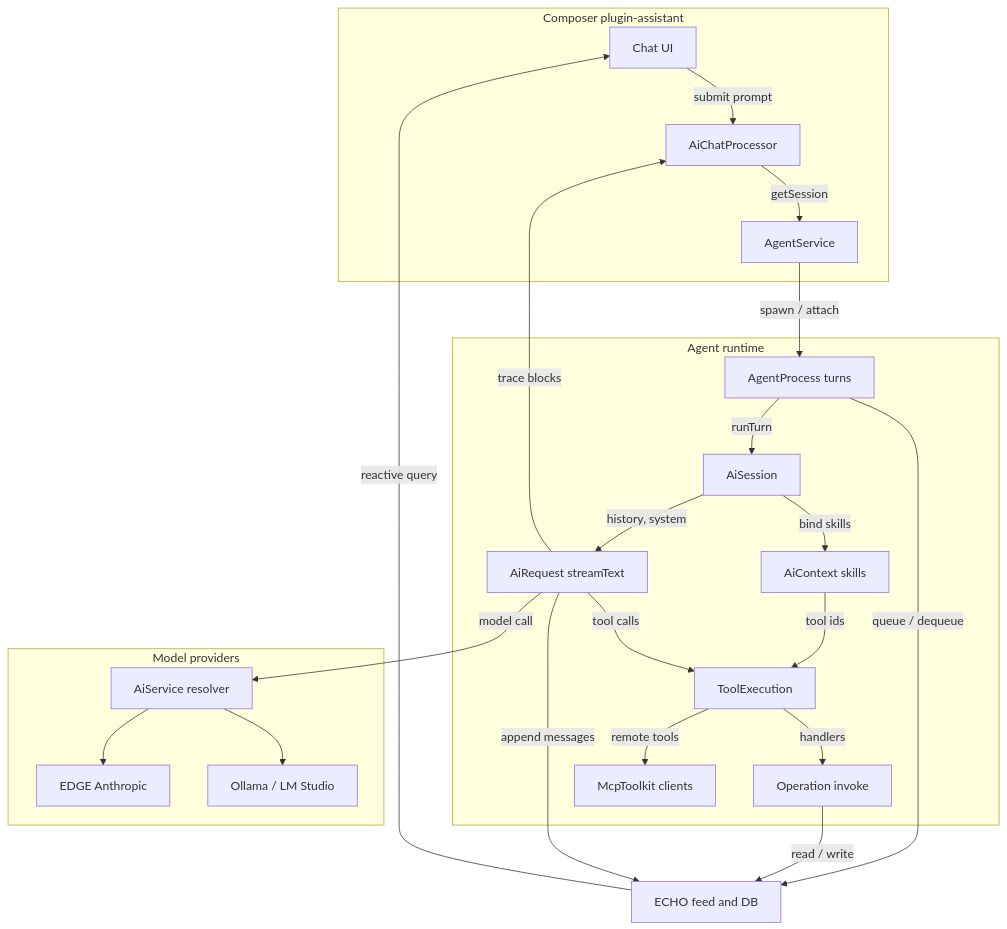
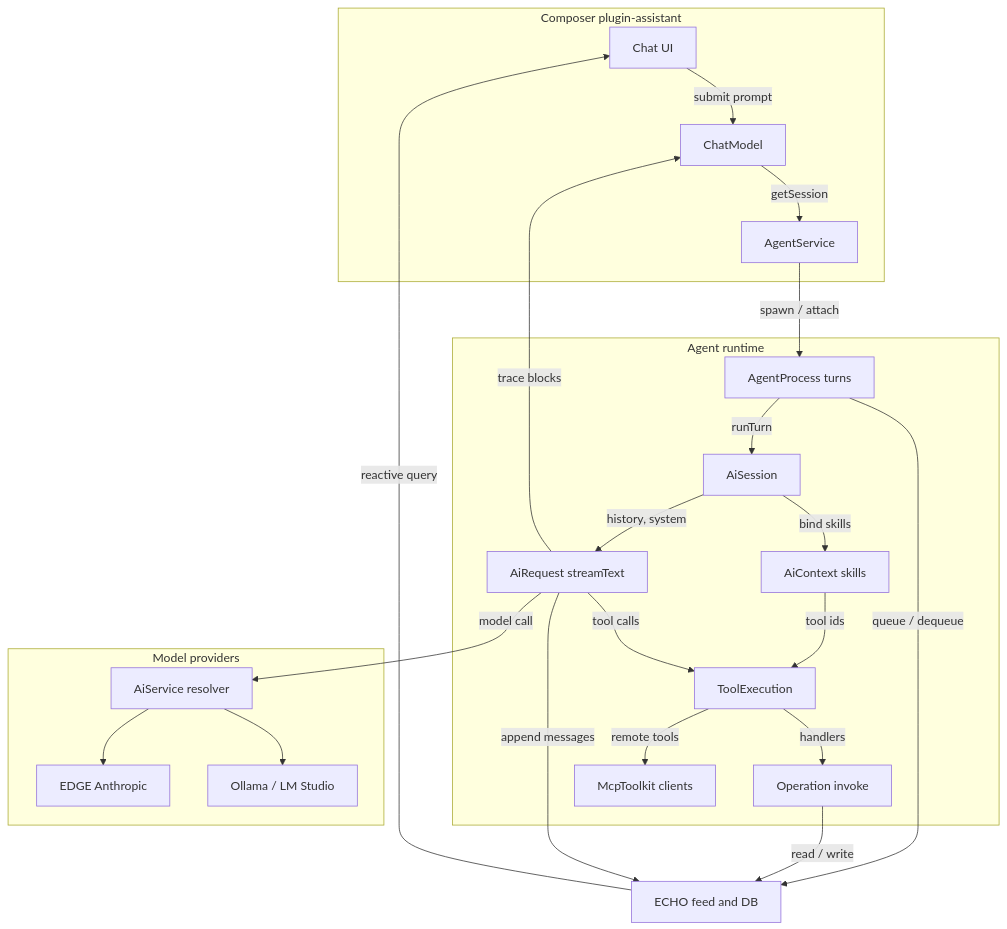
One commit to dxos/dxos changed the diagram in packages/plugins/plugin-illustrator/docs/diagrams/assistant.mmd. Above: the diagram before and after it, drawn with Mermaid. The commit also changed 4 other files, not shown here.

```diff
--- a/packages/plugins/plugin-illustrator/docs/diagrams/assistant.mmd
+++ b/packages/plugins/plugin-illustrator/docs/diagrams/assistant.mmd
@@ -1,54 +1,54 @@
 %% Assistant data flow — a prompt becomes queued feed messages, agent turns, model calls, tool calls, and ECHO writes.
 flowchart TB
   subgraph UI [Composer plugin-assistant]
     ChatUi[Chat UI]
-    Processor[AiChatProcessor]
+    Processor[ChatModel]
     AgentSvc[AgentService]
   end
   subgraph Runtime [Agent runtime]
     AgentProc[AgentProcess turns]
     Session[AiSession]
     Binder[AiContext skills]
     Request[AiRequest streamText]
     ToolExec[ToolExecution]
     Ops[Operation invoke]
     Mcp[McpToolkit clients]
   end
   subgraph Models [Model providers]
     AiSvc[AiService resolver]
     Edge[EDGE Anthropic]
     Local[Ollama / LM Studio]
   end
   Feed[ECHO feed and DB]
   ChatUi -->|submit prompt| Processor
   Processor -->|getSession| AgentSvc
   AgentSvc -->|spawn / attach| AgentProc
   AgentProc -->|queue / dequeue| Feed
   AgentProc -->|runTurn| Session
   Session -->|bind skills| Binder
   Binder -->|tool ids| ToolExec
   Session -->|history, system| Request
   Request -->|model call| AiSvc
   AiSvc --> Edge
   AiSvc --> Local
   Request -->|tool calls| ToolExec
   ToolExec -->|handlers| Ops
   ToolExec -->|remote tools| Mcp
   Ops -->|read / write| Feed
   Request -->|append messages| Feed
   Request -->|trace blocks| Processor
   Feed -->|reactive query| ChatUi
   %% ref ChatUi packages/plugins/plugin-assistant/src/components/Chat
-  %% ref Processor packages/plugins/plugin-assistant/src/processor
+  %% ref Processor packages/plugins/plugin-assistant/src/chat-model
   %% ref AgentSvc packages/core/compute/agent-runtime/src/agent-service/AgentService.ts
   %% ref AgentProc packages/core/compute/agent-runtime/src/agent-service/agent-process.ts
   %% ref Session packages/core/compute/assistant/src/session/AiSession.ts
   %% ref Binder packages/core/compute/assistant/src/session/AiContext.ts
   %% ref Request packages/core/compute/assistant/src/request/AiRequest.ts
   %% ref ToolExec packages/core/compute/assistant/src/tool-runtime/services.ts
   %% ref Ops packages/core/compute/compute/src/Operation.ts
   %% ref Mcp packages/core/compute/mcp-client
   %% ref AiSvc packages/core/compute/ai/src/AiService.ts
   %% ref Edge packages/plugins/plugin-assistant/src/capabilities/edge-model-resolver.ts
   %% ref Local packages/plugins/plugin-assistant/src/capabilities/local-model-resolver.ts
   %% ref Feed packages/core/compute/assistant/src/session/SessionStore.ts
```
